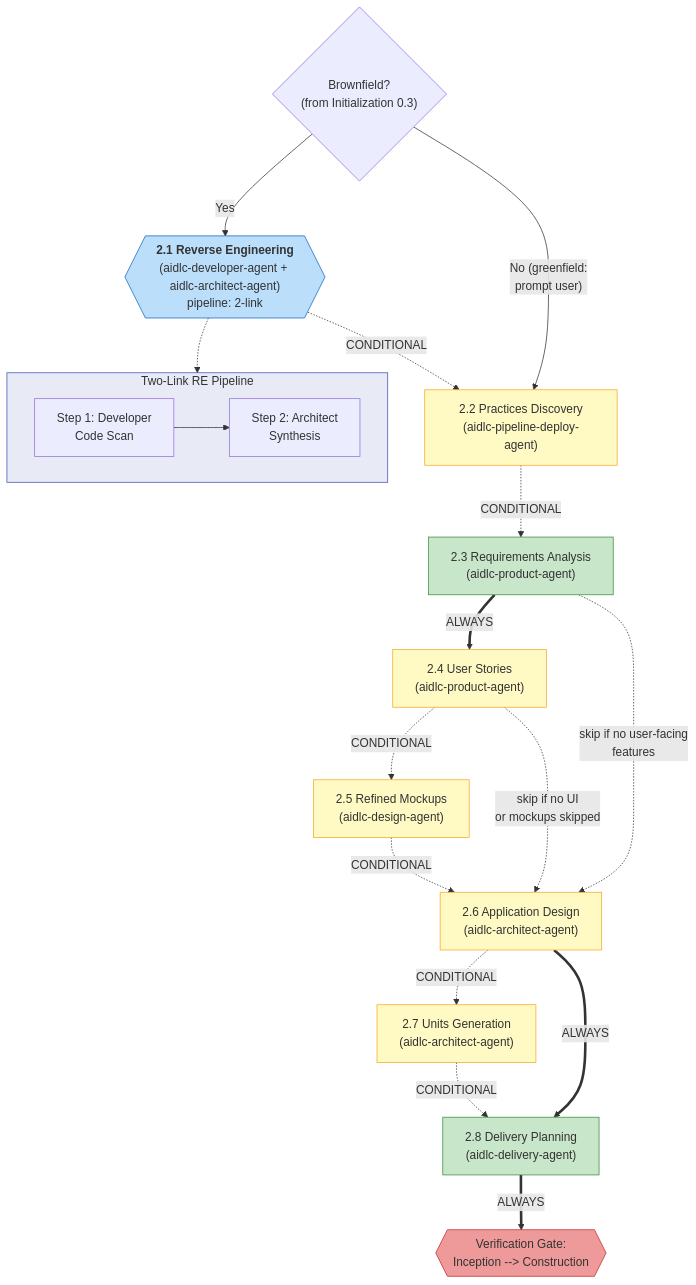
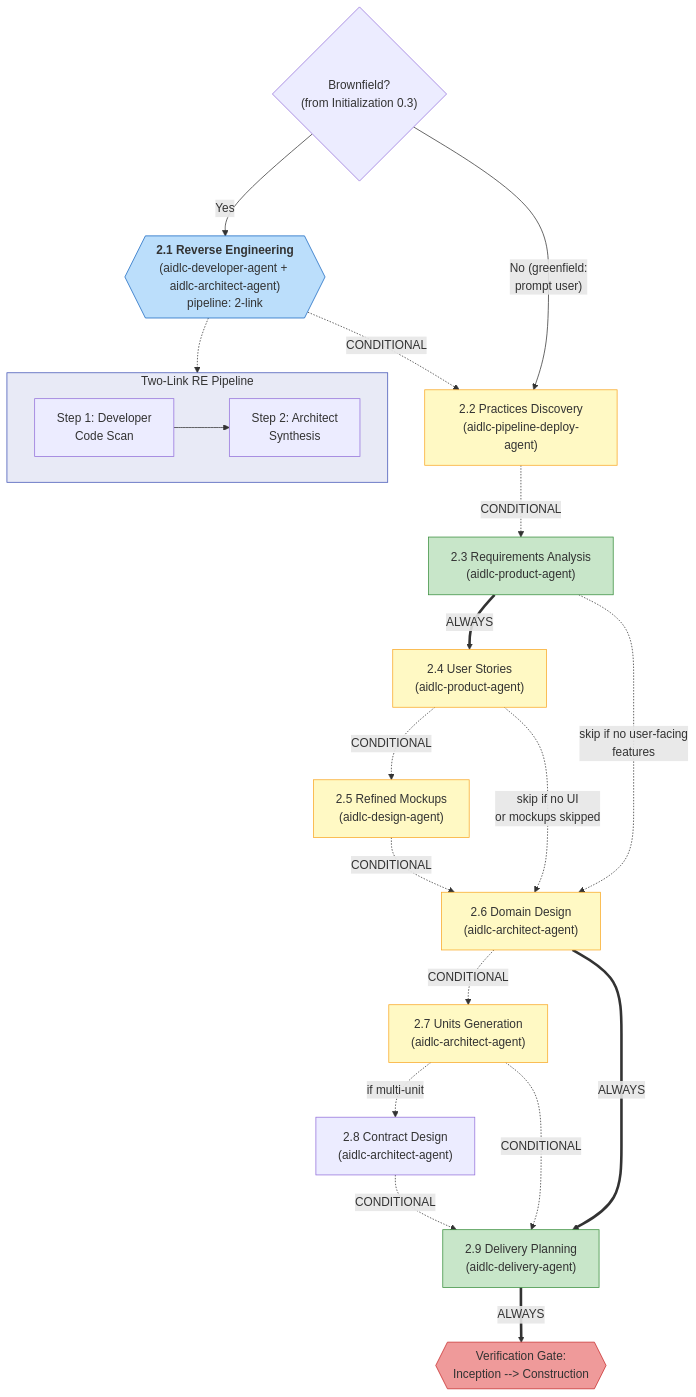
One commit to SaRedfiche/aidlc-workflows changed the third of 12 diagrams in docs/reference/diagrams.md. Above: the diagram before and after it, drawn with Mermaid. The commit also changed other lines of this file and 569 other files, not shown here.

First line of the commit message:
feat: domain-design + contract-design restructure; infra-design consolidation (v2.6.1) (#711)

````diff
--- a/docs/reference/diagrams.md
+++ b/docs/reference/diagrams.md
@@ -110,50 +110,53 @@
 ```mermaid
 flowchart TD
     S21{{"`**2.1 Reverse Engineering**
     (aidlc-developer-agent + aidlc-architect-agent)
     pipeline: 2-link`"}}
     S22a["2.2 Practices Discovery\n(aidlc-pipeline-deploy-agent)"]
     S22["2.3 Requirements Analysis\n(aidlc-product-agent)"]
     S23["2.4 User Stories\n(aidlc-product-agent)"]
     S24["2.5 Refined Mockups\n(aidlc-design-agent)"]
-    S25["2.6 Application Design\n(aidlc-architect-agent)"]
+    S25["2.6 Domain Design\n(aidlc-architect-agent)"]
     S26["2.7 Units Generation\n(aidlc-architect-agent)"]
-    S27["2.8 Delivery Planning\n(aidlc-delivery-agent)"]
+    S28["2.8 Contract Design\n(aidlc-architect-agent)"]
+    S27["2.9 Delivery Planning\n(aidlc-delivery-agent)"]
     VG2{{"Verification Gate:\nInception --> Construction"}}
 
     BF_CHECK{"Brownfield?\n(from Initialization 0.3)"}
     BF_CHECK -->|Yes| S21
     BF_CHECK -->|"No (greenfield:\nprompt user)"| S22a
     S21 -.->|CONDITIONAL| S22a
     S22a -.->|CONDITIONAL| S22
 
     subgraph RE_DETAIL["Two-Link RE Pipeline"]
         direction LR
         DEV_SCAN["Step 1: Developer\nCode Scan"]
         ARCH_SYNTH["Step 2: Architect\nSynthesis"]
         DEV_SCAN --> ARCH_SYNTH
     end
 
     S21 -.-> RE_DETAIL
 
     S22 ==>|ALWAYS| S23
     S22 -.->|"skip if no user-facing\nfeatures"| S25
     S23 -.->|CONDITIONAL| S24
     S23 -.->|"skip if no UI\nor mockups skipped"| S25
     S24 -.->|CONDITIONAL| S25
     S25 -.->|CONDITIONAL| S26
     S25 ==>|ALWAYS| S27
+    S26 -.->|"if multi-unit"| S28
     S26 -.->|CONDITIONAL| S27
+    S28 -.->|CONDITIONAL| S27
     S27 ==>|ALWAYS| VG2
 
     style S21 fill:#bbdefb,stroke:#1565c0
     style S22 fill:#c8e6c9,stroke:#388e3c
     style S27 fill:#c8e6c9,stroke:#388e3c
     style S22a fill:#fff9c4,stroke:#f9a825
     style S23 fill:#fff9c4,stroke:#f9a825
     style S24 fill:#fff9c4,stroke:#f9a825
     style S25 fill:#fff9c4,stroke:#f9a825
     style S26 fill:#fff9c4,stroke:#f9a825
     style VG2 fill:#ef9a9a,stroke:#c62828
     style RE_DETAIL fill:#e8eaf6,stroke:#3f51b5
 ```
````
